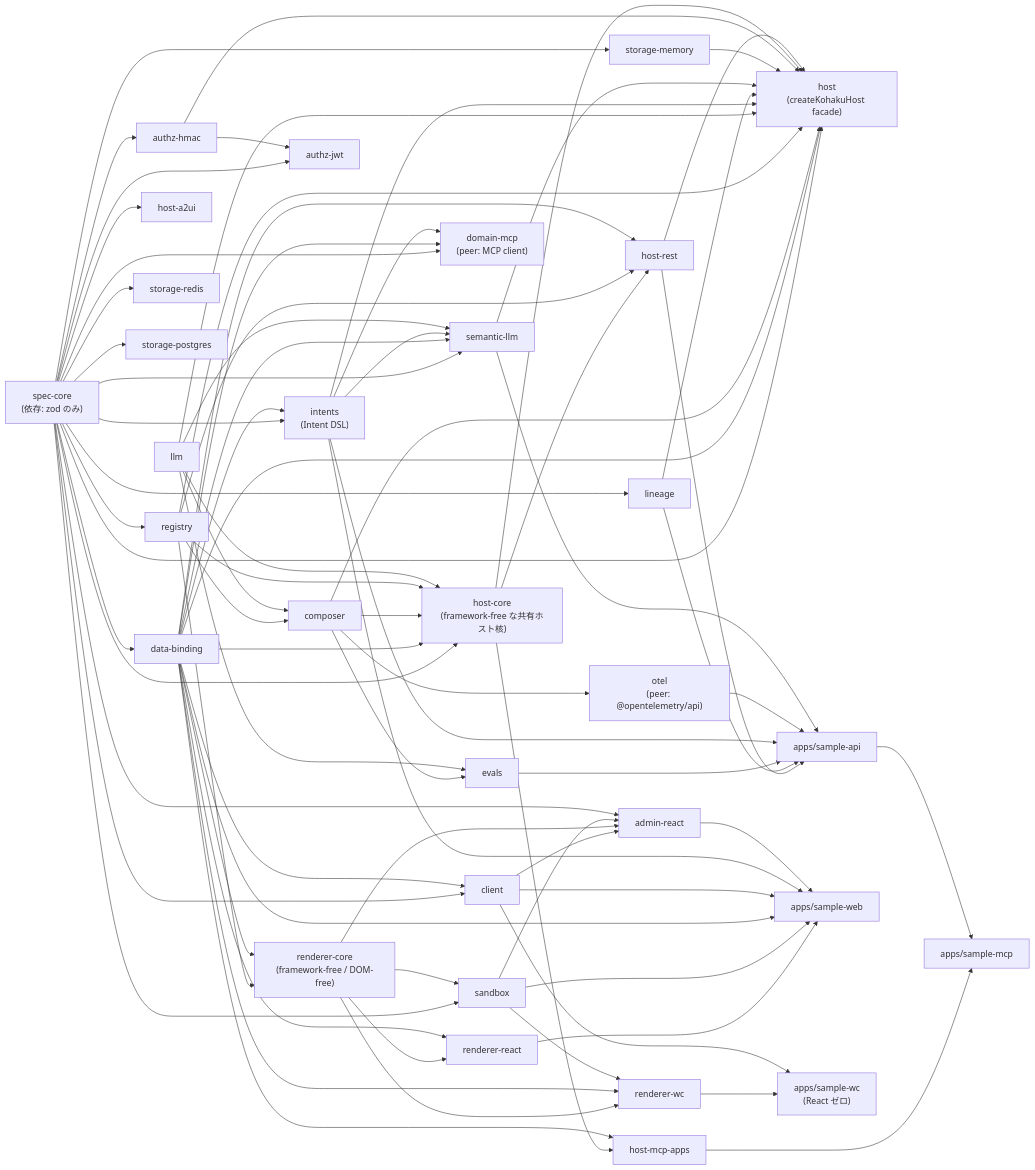
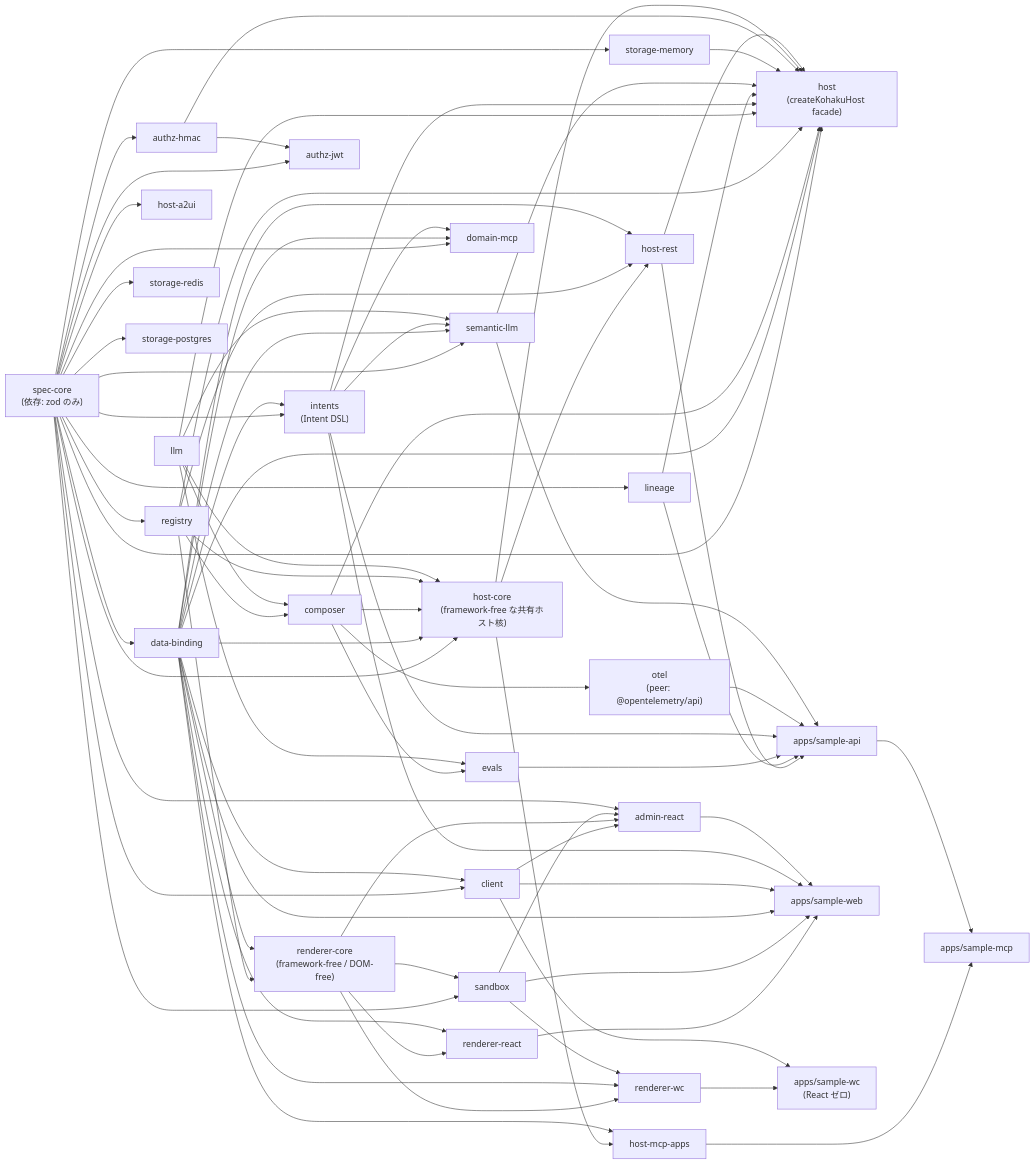
The second of 4 diagrams in docs/design.ja.md (yosuque/kohaku), drawn with Mermaid before and after one commit. The commit also changed other lines of this file and 43 other files, not shown here.

First line of the commit message:
fix(domain-mcp): review round 1 (untrusted hint, limit clamp, deadlines, nullable anyOf, bounds, docs)

````diff
--- a/docs/design.ja.md
+++ b/docs/design.ja.md
@@ -54,34 +54,34 @@
 ```mermaid
 flowchart LR
     SC["spec-core<br/>(依存: zod のみ)"]
     SC --> RG["registry"]
     SC --> DB["data-binding"]
     SC & DB --> INT["intents<br/>(Intent DSL)"]
     LL["llm"]
     RG & LL --> CP["composer"]
     RG & DB --> RC["renderer-core<br/>(framework-free / DOM-free)"]
     RC & DB --> RR["renderer-react"]
     RC & DB & SB --> RW["renderer-wc"]
     SC & RC --> SB["sandbox"]
     SC --> LN["lineage"]
     SC & DB --> CL["client"]
     CP & LL --> EV["evals"]
     SC & DB & CP & RG & LL --> HC["host-core<br/>(framework-free な共有ホスト核)"]
     HC & RG & DB --> HR["host-rest"]
     HC & DB --> HM["host-mcp-apps"]
     CP --> OT["otel<br/>(peer: @opentelemetry/api)"]
     SC --> HA["host-a2ui"]
     SC --> AH["authz-hmac"]
     SC & AH --> AJ["authz-jwt"]
     SC --> SR["storage-redis"]
     SC --> SP["storage-postgres"]
     SC & DB & INT & LL --> SL["semantic-llm"]
-    SC & DB & INT --> DM["domain-mcp<br/>(peer: MCP client)"]
+    SC & DB & INT --> DM["domain-mcp"]
     SC --> SM["storage-memory"]
     SC & DB & CP & RG & LL & INT & LN & SL & SM & AH & HC & HR --> HOST["host<br/>(createKohakuHost facade)"]
     CL & RC & SB & SC --> AR["admin-react"]
     HR & LN & EV & INT & OT & SL --> API["apps/sample-api"]
     RR & SB & DB & CL & INT & AR --> WEBAPP["apps/sample-web"]
     RW & CL --> WCAPP["apps/sample-wc<br/>(React ゼロ)"]
     HM & API --> MCP["apps/sample-mcp"]
 ```
````
